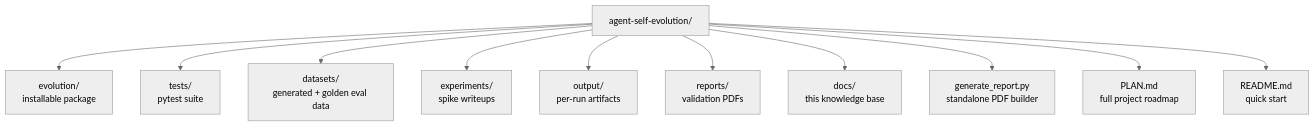
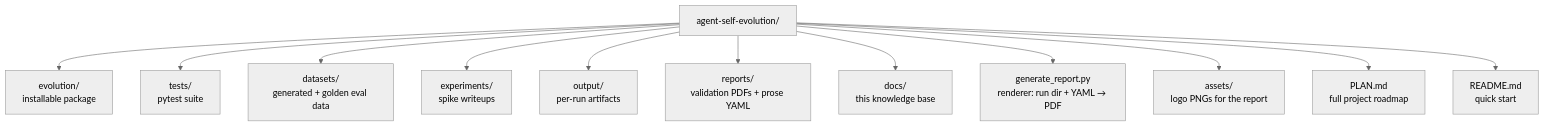
The diagram in docs/codebase_info.md (jramos/agent-self-evolution), drawn with Mermaid (neutral theme) before and after one commit. The commit also changed other lines of this file and 17 other files, not shown here.

First line of the commit message:
Data-driven phase 1 report renderer + knowledge base refresh (#16)

````diff
--- a/docs/codebase_info.md
+++ b/docs/codebase_info.md
@@ -20,13 +20,14 @@
 ```mermaid
 graph TD
     A[agent-self-evolution/] --> B[evolution/<br/>installable package]
     A --> C[tests/<br/>pytest suite]
     A --> D[datasets/<br/>generated + golden eval data]
     A --> E[experiments/<br/>spike writeups]
     A --> F[output/<br/>per-run artifacts]
-    A --> G[reports/<br/>validation PDFs]
+    A --> G[reports/<br/>validation PDFs + prose YAML]
     A --> H[docs/<br/>this knowledge base]
-    A --> I[generate_report.py<br/>standalone PDF builder]
+    A --> I[generate_report.py<br/>renderer: run dir + YAML → PDF]
+    A --> L[assets/<br/>logo PNGs for the report]
     A --> J[PLAN.md<br/>full project roadmap]
     A --> K[README.md<br/>quick start]
 ```
````
